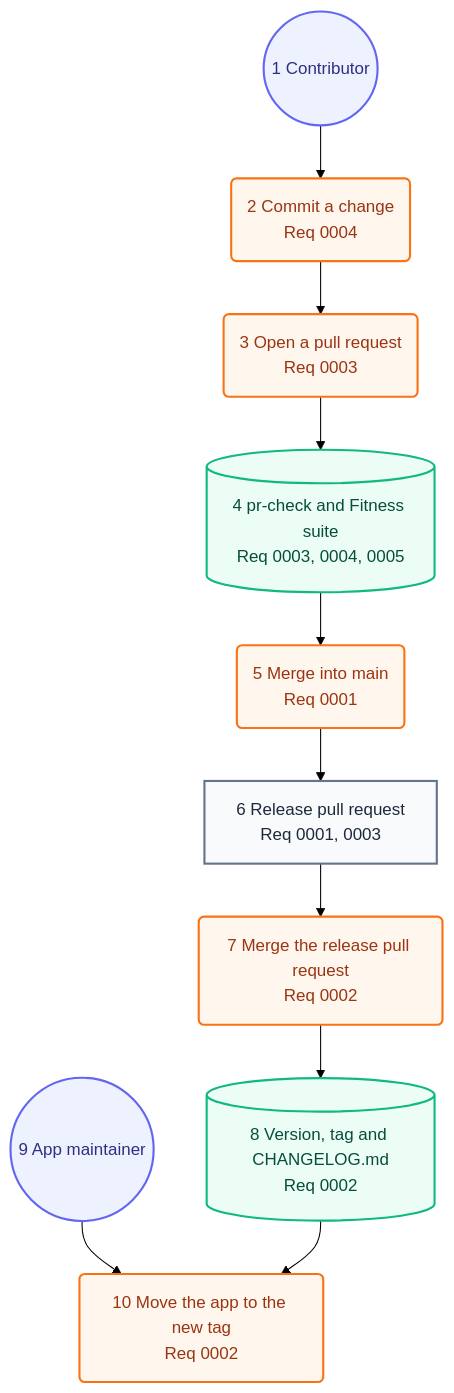
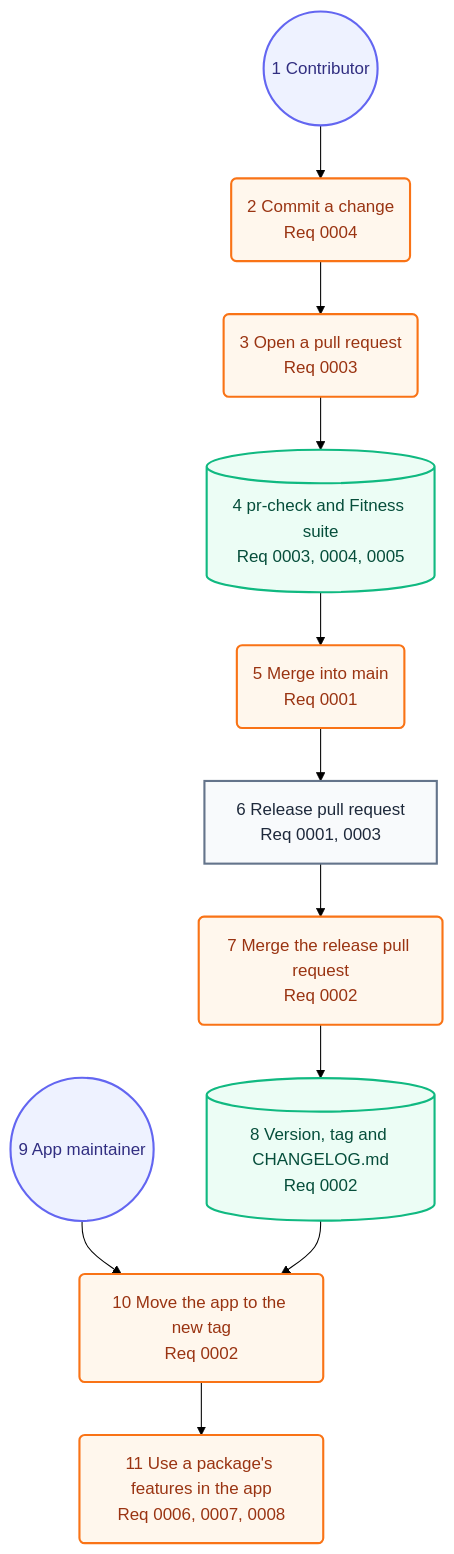
Before and after one commit to may-journal/common-swift: the second of 2 diagrams in docs/architecture/05-user-journey.md, drawn with Mermaid (forest theme). The commit also changed other lines of this file and 41 other files, not shown here.

````diff
--- a/docs/architecture/05-user-journey.md
+++ b/docs/architecture/05-user-journey.md
@@ -33,28 +33,30 @@
 ```mermaid
 flowchart TB
     contributor((1 Contributor)):::persona
     commit(2 Commit a change<br/>Req 0004):::action
     open(3 Open a pull request<br/>Req 0003):::action
     checks[(4 pr-check and Fitness suite<br/>Req 0003, 0004, 0005)]:::system
     merge(5 Merge into main<br/>Req 0001):::action
     releasePR[6 Release pull request<br/>Req 0001, 0003]:::screen
     release(7 Merge the release pull request<br/>Req 0002):::action
     tag[(8 Version, tag and CHANGELOG.md<br/>Req 0002)]:::system
     maintainer((9 App maintainer)):::persona
     update(10 Move the app to the new tag<br/>Req 0002):::action
+    adopt(11 Use a package's features in the app<br/>Req 0006, 0007, 0008):::action
 
     contributor --> commit
     commit --> open
     open --> checks
     checks --> merge
     merge --> releasePR
     releasePR --> release
     release --> tag
     maintainer --> update
     tag --> update
+    update --> adopt
 
     classDef persona fill:#eef2ff,stroke:#6366f1,color:#312e81,stroke-width:2px
     classDef screen fill:#f8fafc,stroke:#64748b,color:#1e293b,stroke-width:2px
     classDef action fill:#fff7ed,stroke:#f97316,color:#9a3412,stroke-width:2px
     classDef system fill:#ecfdf5,stroke:#10b981,color:#064e3b,stroke-width:2px
 ```
````
